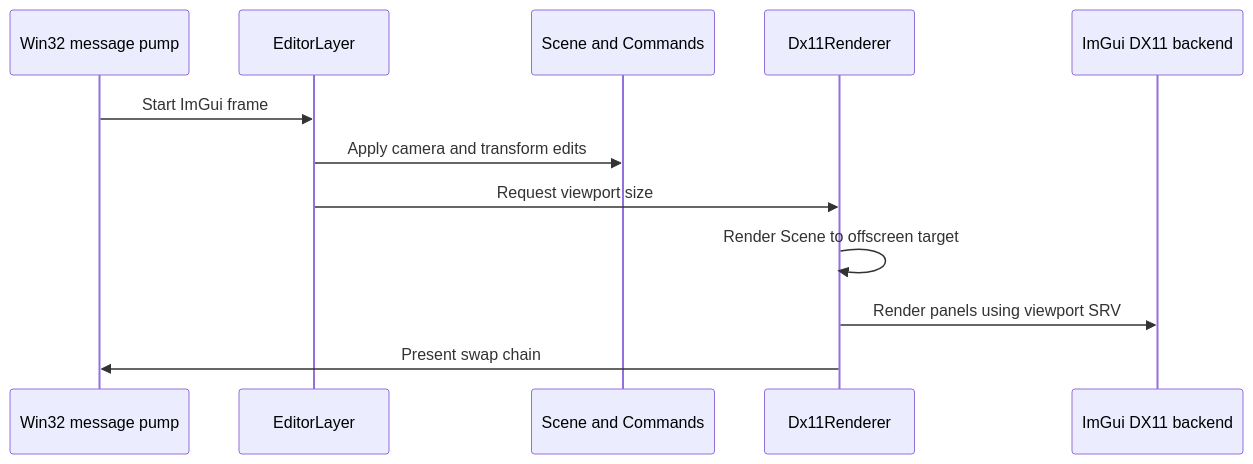
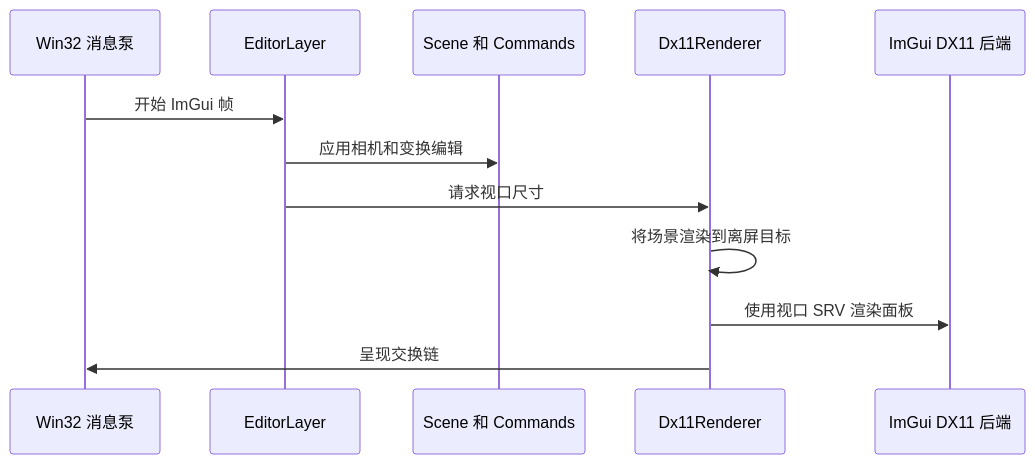
Before and after one commit to ELPSYKONGR/LRenderDemo: the diagram in docs/architecture.md, drawn with Mermaid. The commit also changed other lines of this file and 7 other files, not shown here.

````diff
--- a/docs/architecture.md
+++ b/docs/architecture.md
@@ -10,14 +10,14 @@
 ```mermaid
 sequenceDiagram
-    participant Win32 as Win32 message pump
+    participant Win32 as Win32 消息泵
     participant Editor as EditorLayer
-    participant Scene as Scene and Commands
+    participant Scene as Scene 和 Commands
     participant DX11 as Dx11Renderer
-    participant UI as ImGui DX11 backend
-    Win32->>Editor: Start ImGui frame
-    Editor->>Scene: Apply camera and transform edits
-    Editor->>DX11: Request viewport size
-    DX11->>DX11: Render Scene to offscreen target
-    DX11->>UI: Render panels using viewport SRV
-    DX11->>Win32: Present swap chain
+    participant UI as ImGui DX11 后端
+    Win32->>Editor: 开始 ImGui 帧
+    Editor->>Scene: 应用相机和变换编辑
+    Editor->>DX11: 请求视口尺寸
+    DX11->>DX11: 将场景渲染到离屏目标
+    DX11->>UI: 使用视口 SRV 渲染面板
+    DX11->>Win32: 呈现交换链
 ```
````
